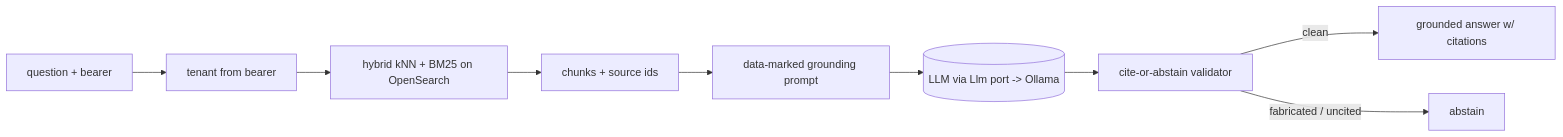
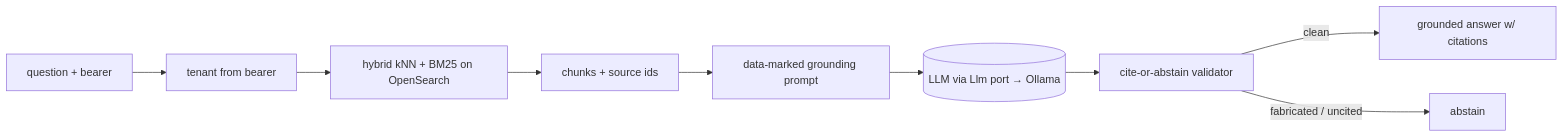
Before and after one commit to ermiasmikael/agentic-compliance-platform: the diagram in docs/agentic-ai/rag.md, drawn with Mermaid. The commit also changed 3 other files, not shown here.

First line of the commit message:
fix: escape literal arrows in mermaid labels; add MIT LICENSE

````diff
--- a/docs/agentic-ai/rag.md
+++ b/docs/agentic-ai/rag.md
@@ -20,11 +20,11 @@
 ```mermaid
 flowchart LR
   Q[question + bearer] --> T[tenant from bearer]
   T --> H[hybrid kNN + BM25 on OpenSearch]
   H --> C[chunks + source ids]
   C --> G[data-marked grounding prompt]
-  G --> M[(LLM via Llm port -> Ollama)]
+  G --> M[(LLM via Llm port → Ollama)]
   M --> V[cite-or-abstain validator]
   V -->|clean| ANS[grounded answer w/ citations]
   V -->|fabricated / uncited| AB[abstain]
 ```
````
